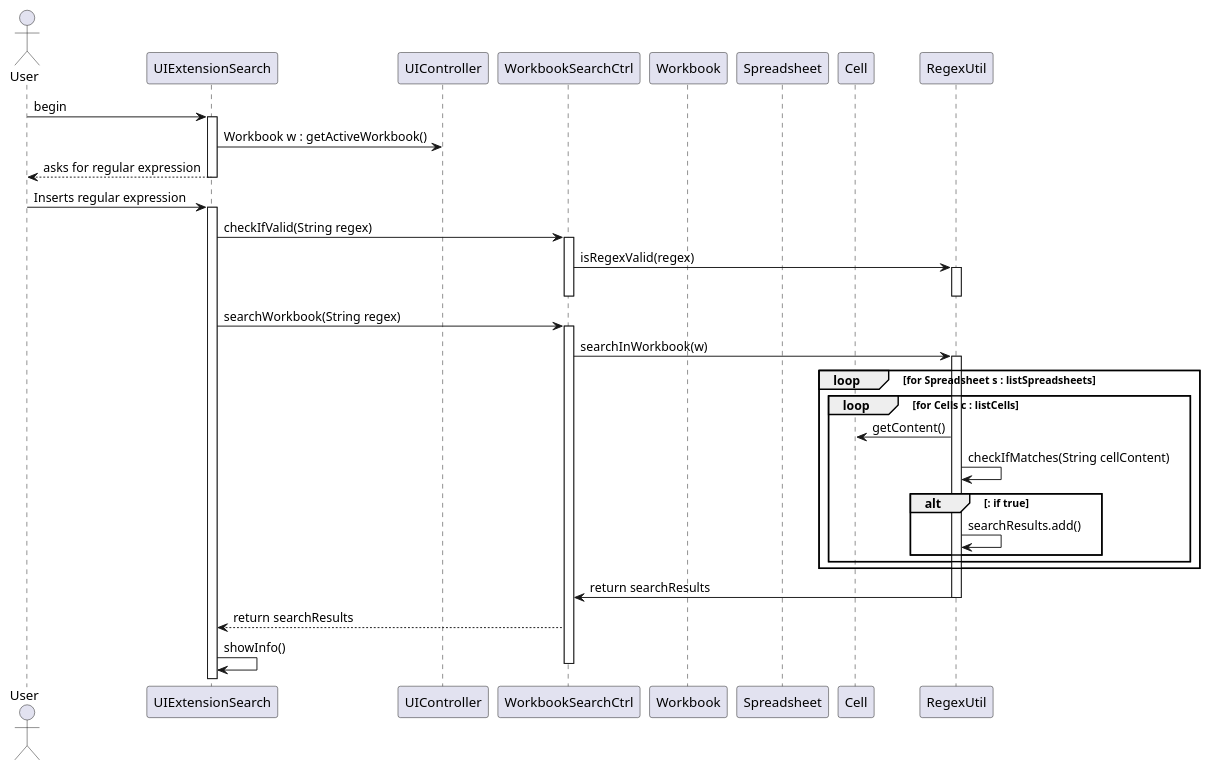
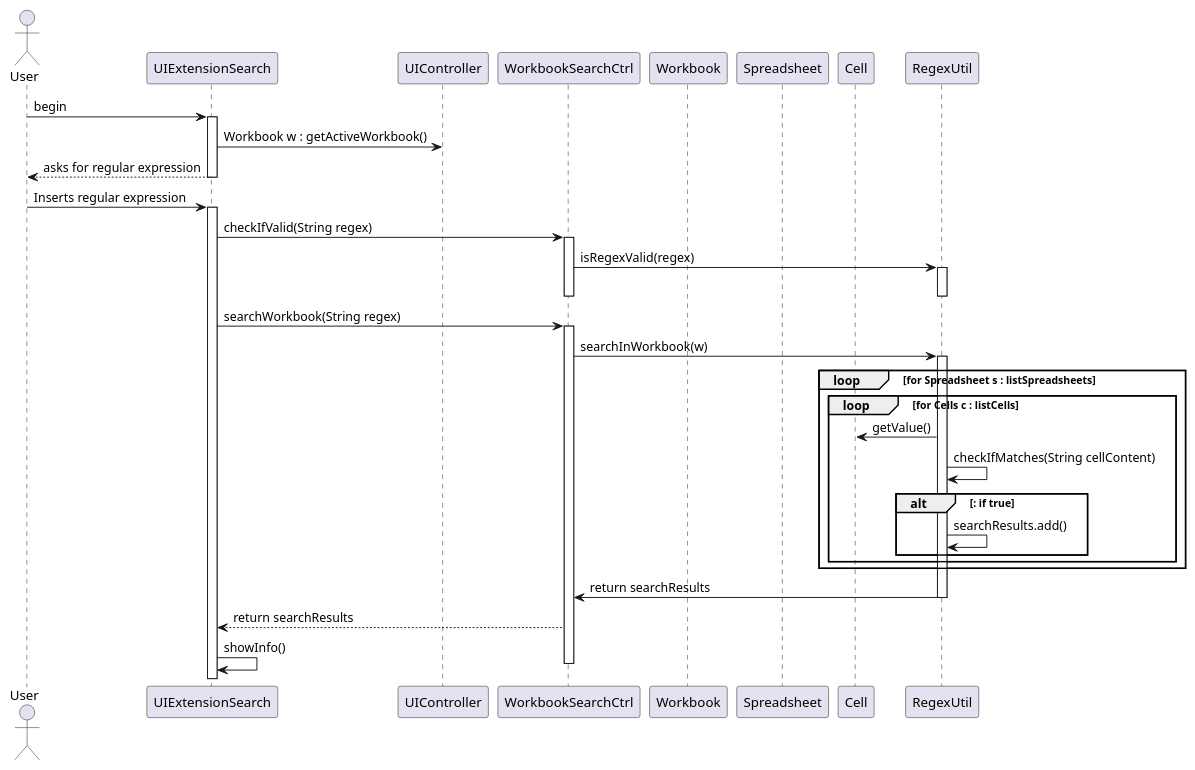
One commit to MikeTekOn/lapr4-2017-2dd changed the diagram in src/main/java/lapr4/red/s1/core/n1150613/workbookSearch/core07_01_design_sd.puml. Above: the diagram before and after it, drawn with PlantUML. The commit also changed 1 other file, not shown here.

```diff
--- a/src/main/java/lapr4/red/s1/core/n1150613/workbookSearch/core07_01_design_sd.puml
+++ b/src/main/java/lapr4/red/s1/core/n1150613/workbookSearch/core07_01_design_sd.puml
@@ -1,49 +1,49 @@
 @startuml 
 
     actor User 
     participant "UIExtensionSearch" as UI
     participant "UIController" as UIctrl
     participant "WorkbookSearchCtrl" as ctrl
     participant "Workbook" as WBOOK
     participant "Spreadsheet" as sheet
     participant "Cell" as cll
     participant "RegexUtil" as util
 
     User -> UI : begin
     activate UI 
     UI -> UIctrl : Workbook w : getActiveWorkbook()
     User <-- UI : asks for regular expression
     deactivate ctrl
     deactivate UI
     User -> UI : Inserts regular expression
     activate UI
     UI -> ctrl : checkIfValid(String regex)
     activate ctrl
    
     ctrl -> util : isRegexValid(regex)
     activate util
  deactivate ctrl
     deactivate util
 
     UI -> ctrl : searchWorkbook(String regex)
     activate ctrl
     ctrl -> util : searchInWorkbook(w)
     activate util
     
     loop for Spreadsheet s : listSpreadsheets
     loop for Cells c : listCells
-    util -> cll : getContent()
+    util -> cll : getValue()
     util -> util : checkIfMatches(String cellContent)
    
     alt : if true
     util -> util : searchResults.add()
     end
     end
     end
     util -> ctrl : return searchResults
     deactivate util
     UI <-- ctrl : return searchResults
     UI -> UI : showInfo()
     deactivate ctrl
     
 @enduml
```
